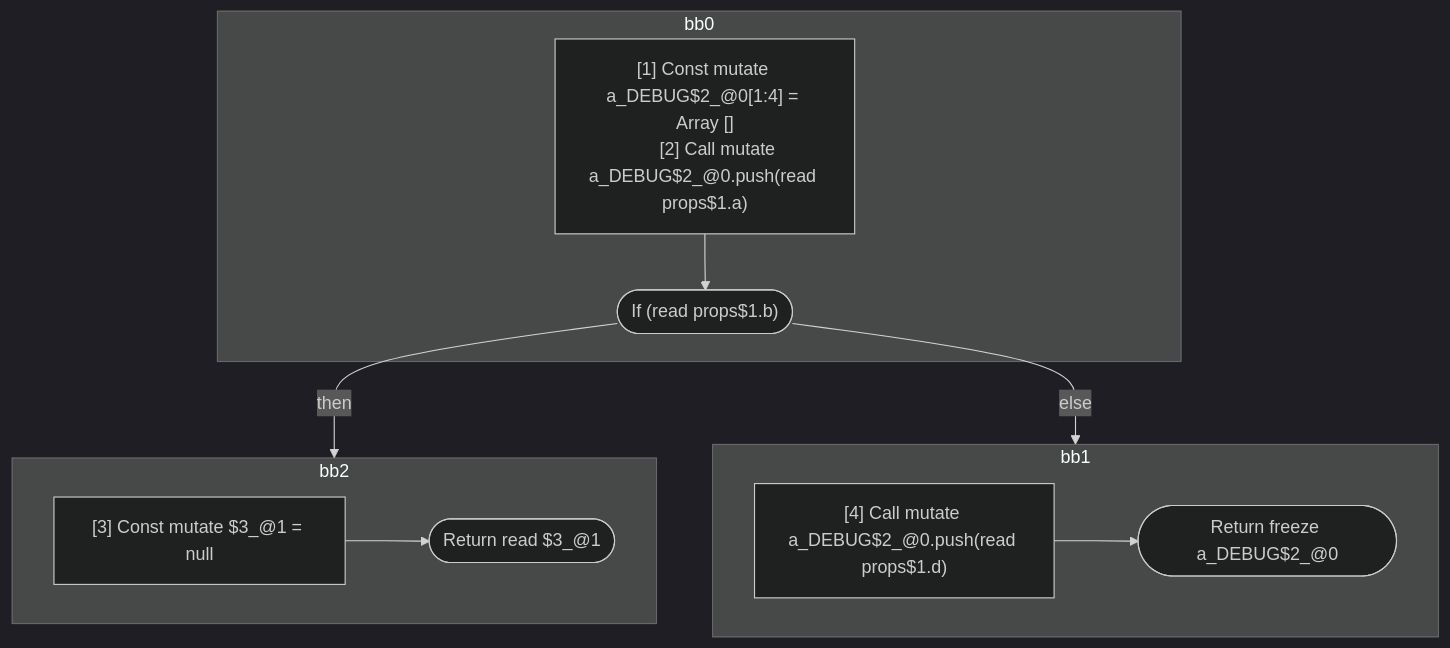
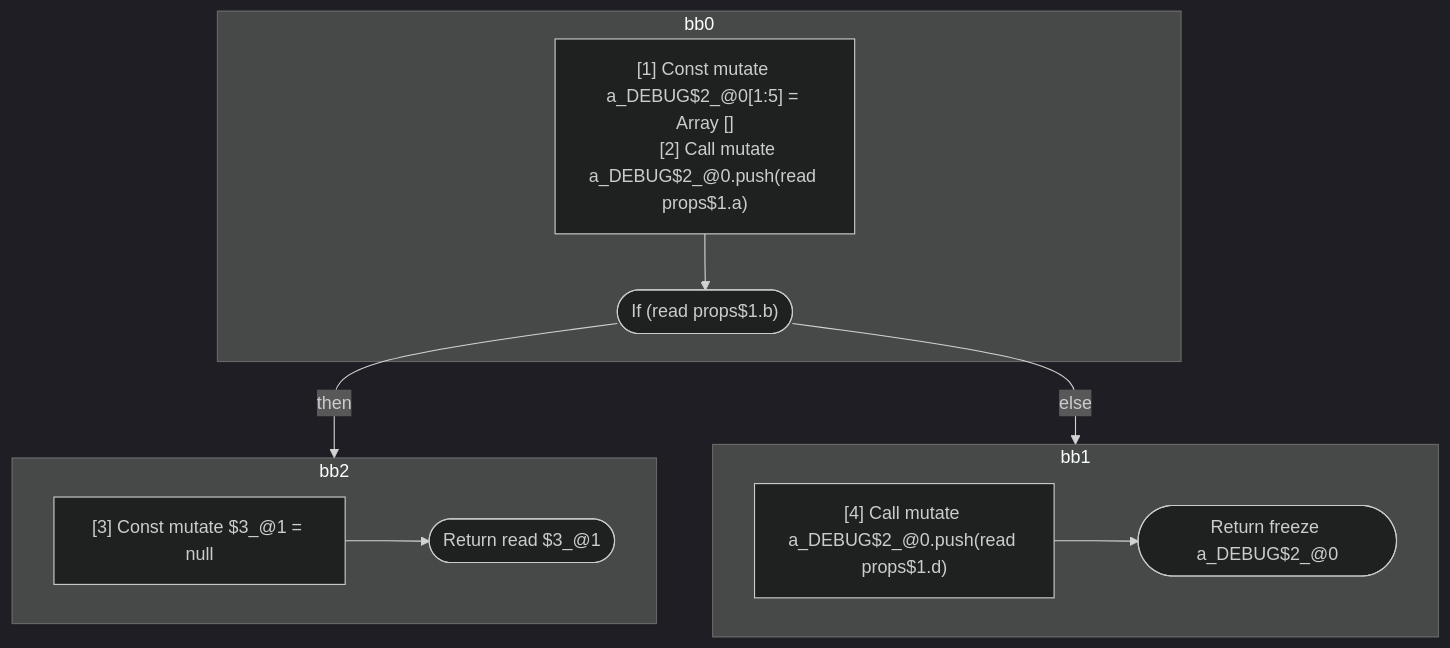
The first of 5 diagrams in compiler/forget/src/__tests__/fixtures/hir/conditional-break.expect.md (wutsmog/private), drawn with Mermaid (dark theme) before and after one commit. The commit also changed other lines of this file and 45 other files, not shown here.

````diff
--- a/compiler/forget/src/__tests__/fixtures/hir/conditional-break.expect.md
+++ b/compiler/forget/src/__tests__/fixtures/hir/conditional-break.expect.md
@@ -96,28 +96,28 @@
 ```mermaid
 flowchart TB
   %% Basic Blocks
   subgraph bb0
     bb0_instrs["
-      [1] Const mutate a_DEBUG$2_@0[1:4] = Array []
+      [1] Const mutate a_DEBUG$2_@0[1:5] = Array []
       [2] Call mutate a_DEBUG$2_@0.push(read props$1.a)
     "]
     bb0_instrs --> bb0_terminal(["If (read props$1.b)"])
   end
   subgraph bb2
     bb2_instrs["
       [3] Const mutate $3_@1 = null
     "]
     bb2_instrs --> bb2_terminal(["Return read $3_@1"])
   end
   subgraph bb1
     bb1_instrs["
       [4] Call mutate a_DEBUG$2_@0.push(read props$1.d)
     "]
     bb1_instrs --> bb1_terminal(["Return freeze a_DEBUG$2_@0"])
   end
 
   %% Jumps
   bb0_terminal -- "then" --> bb2
   bb0_terminal -- "else" --> bb1
 
 ```
````
